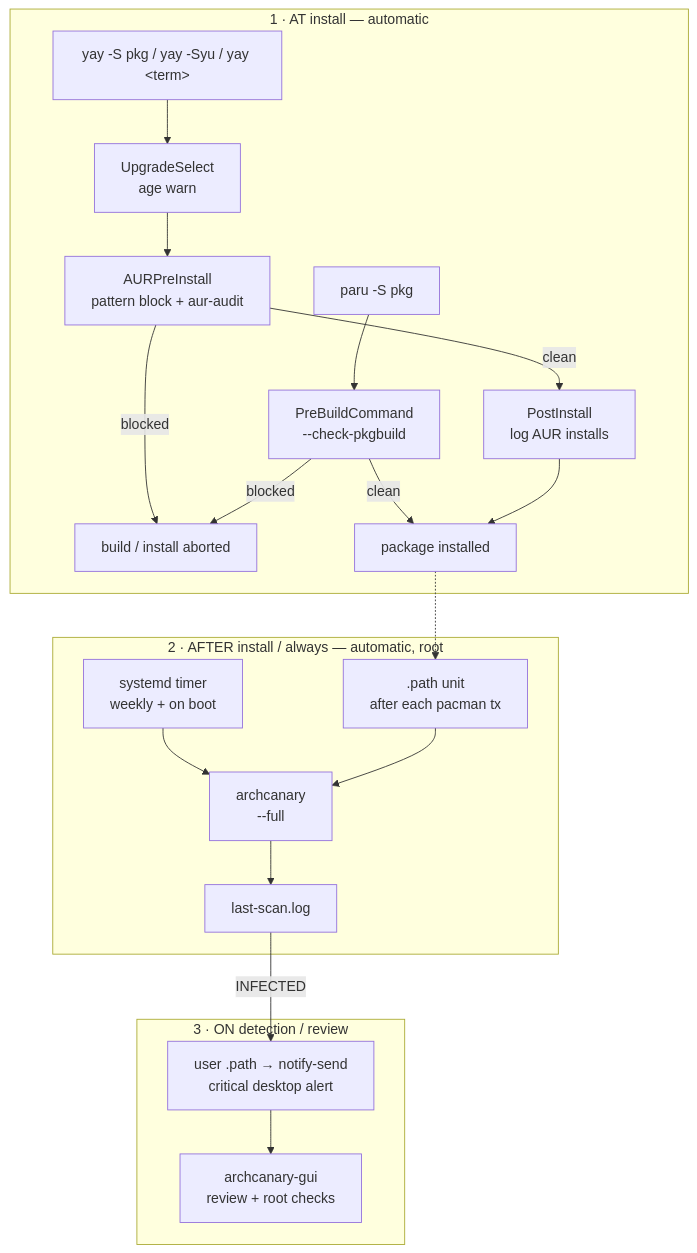
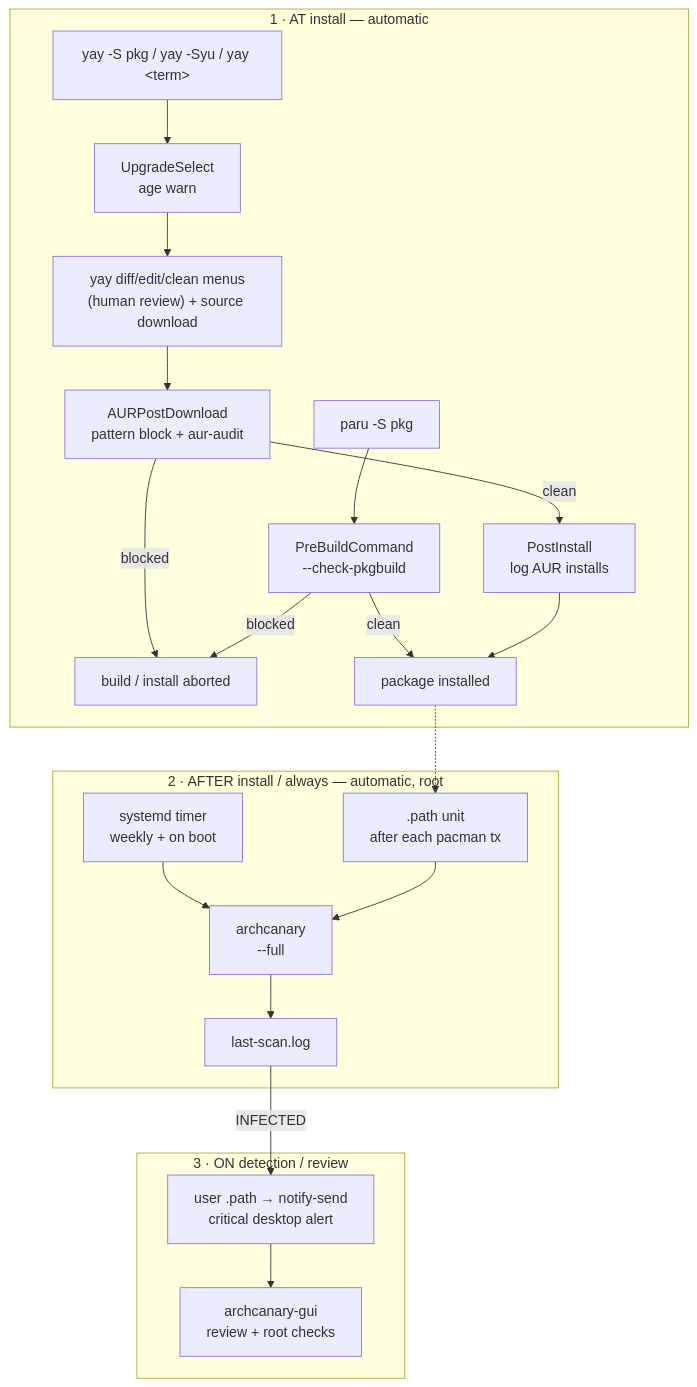
Before and after one commit to musqz/archcanary: the diagram in docs/overview.md, drawn with Mermaid. The commit also changed 5 other files, not shown here.

First line of the commit message:
fix: move yay pattern-block hook to AURPostDownload

````diff
--- a/docs/overview.md
+++ b/docs/overview.md
@@ -9,26 +9,27 @@
 ```mermaid
 flowchart TD
     subgraph AT["1 · AT install — automatic"]
         U["yay -S pkg / yay -Syu / yay &lt;term&gt;"] --> SEL["UpgradeSelect<br/>age warn"]
-        SEL --> PRI["AURPreInstall<br/>pattern block + aur-audit"]
+        SEL --> REV["yay diff/edit/clean menus<br/>(human review) + source download"]
+        REV --> PDL["AURPostDownload<br/>pattern block + aur-audit"]
         UP["paru -S pkg"] --> PBC["PreBuildCommand<br/>--check-pkgbuild"]
-        PRI -->|blocked| AB["build / install aborted"]
+        PDL -->|blocked| AB["build / install aborted"]
         PBC -->|blocked| AB
-        PRI -->|clean| POST["PostInstall<br/>log AUR installs"]
+        PDL -->|clean| POST["PostInstall<br/>log AUR installs"]
         PBC -->|clean| OK["package installed"]
         POST --> OK
     end
 
     subgraph AFTER["2 · AFTER install / always — automatic, root"]
         TIM["systemd timer<br/>weekly + on boot"] --> SCAN["archcanary<br/>--full"]
         PTH[".path unit<br/>after each pacman tx"] --> SCAN
         SCAN --> LOG["last-scan.log"]
     end
 
     subgraph ALERT["3 · ON detection / review"]
         LOG -->|INFECTED| NOT["user .path → notify-send<br/>critical desktop alert"]
         NOT --> GUI["archcanary-gui<br/>review + root checks"]
     end
 
     OK -.-> PTH
 ```
````
